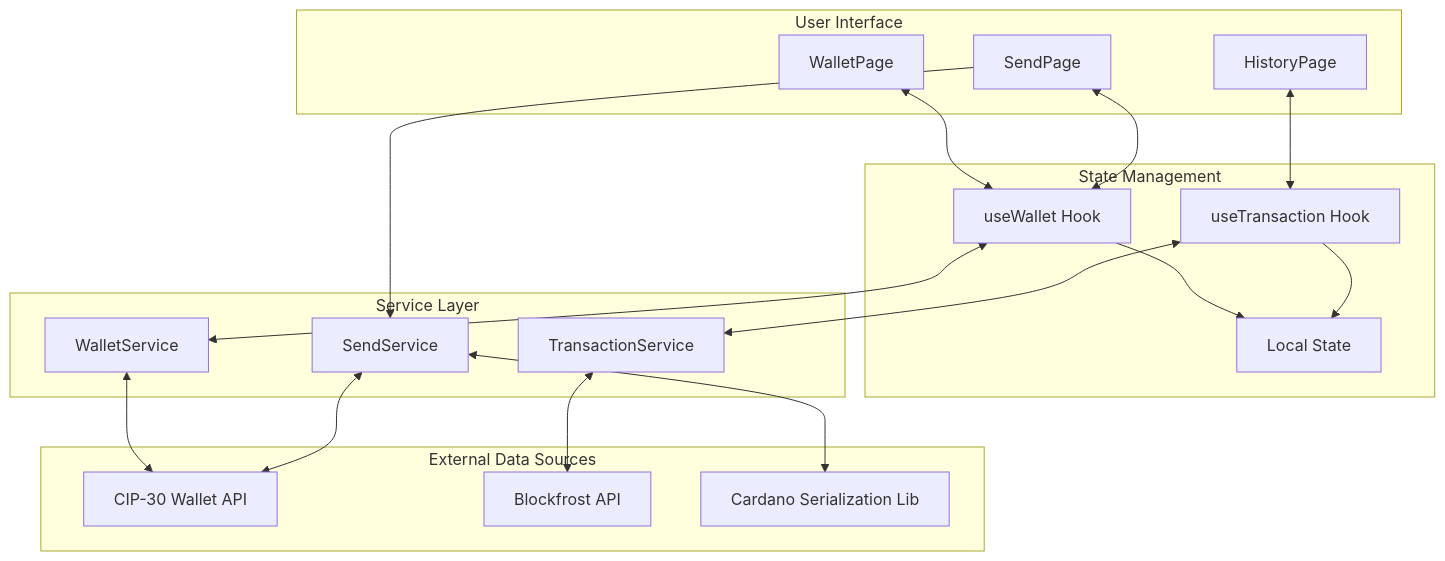
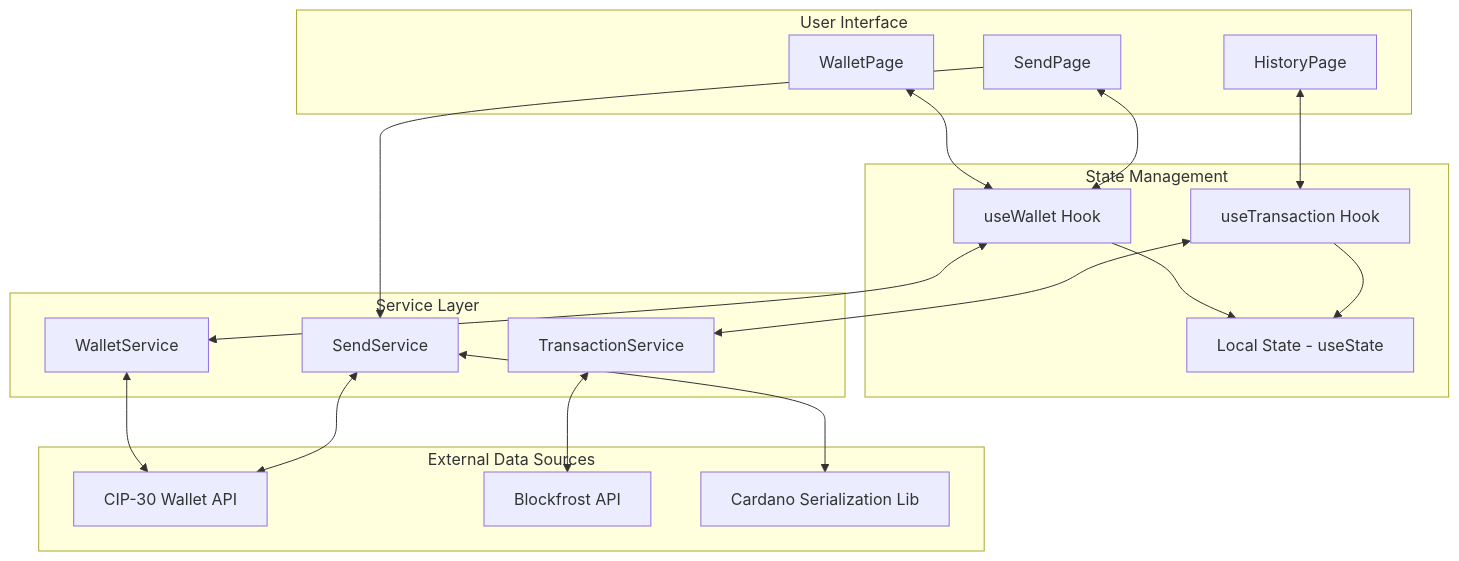
The first of 5 diagrams in docs/data-flow.md (HyeonHo-Park/cardano-basic-dapp-1), drawn with Mermaid before and after one commit. The commit also changed other lines of this file and 30 other files, not shown here.

````diff
--- a/docs/data-flow.md
+++ b/docs/data-flow.md
@@ -5,42 +5,42 @@
 ```mermaid
 flowchart TD
     subgraph "User Interface"
         WP[WalletPage]
         SP[SendPage]
         HP[HistoryPage]
     end
 
     subgraph "State Management"
         UW[useWallet Hook]
         UT[useTransaction Hook]
-        LS[Local State]
+        LS[Local State - useState]
     end
 
     subgraph "Service Layer"
         WS[WalletService]
         SS[SendService]
         TS[TransactionService]
     end
 
     subgraph "External Data Sources"
         CIP30[CIP-30 Wallet API]
         BF[Blockfrost API]
         CSL[Cardano Serialization Lib]
     end
 
     WP <--> UW
     SP <--> UW
     SP --> SS
     HP <--> UT
 
     UW <--> WS
     UT <--> TS
 
     WS <--> CIP30
     SS <--> CIP30
     SS <--> CSL
     TS <--> BF
 
     UW --> LS
     UT --> LS
 ```
````
